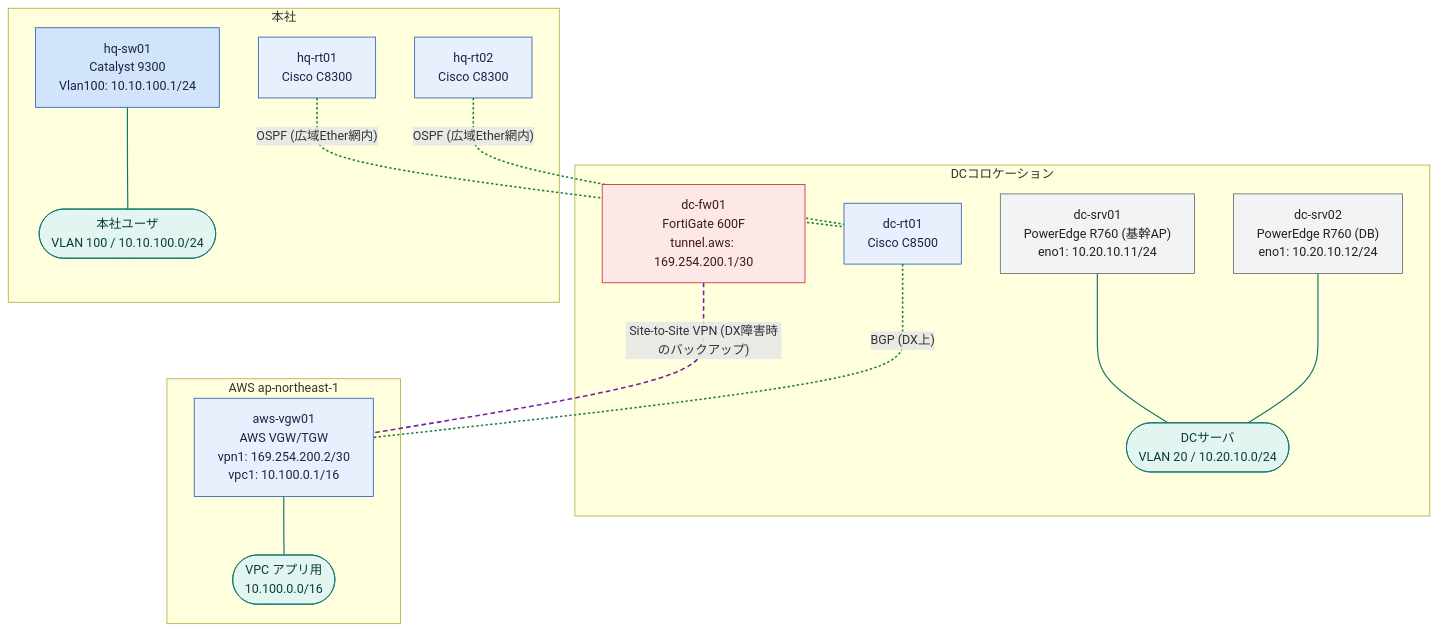
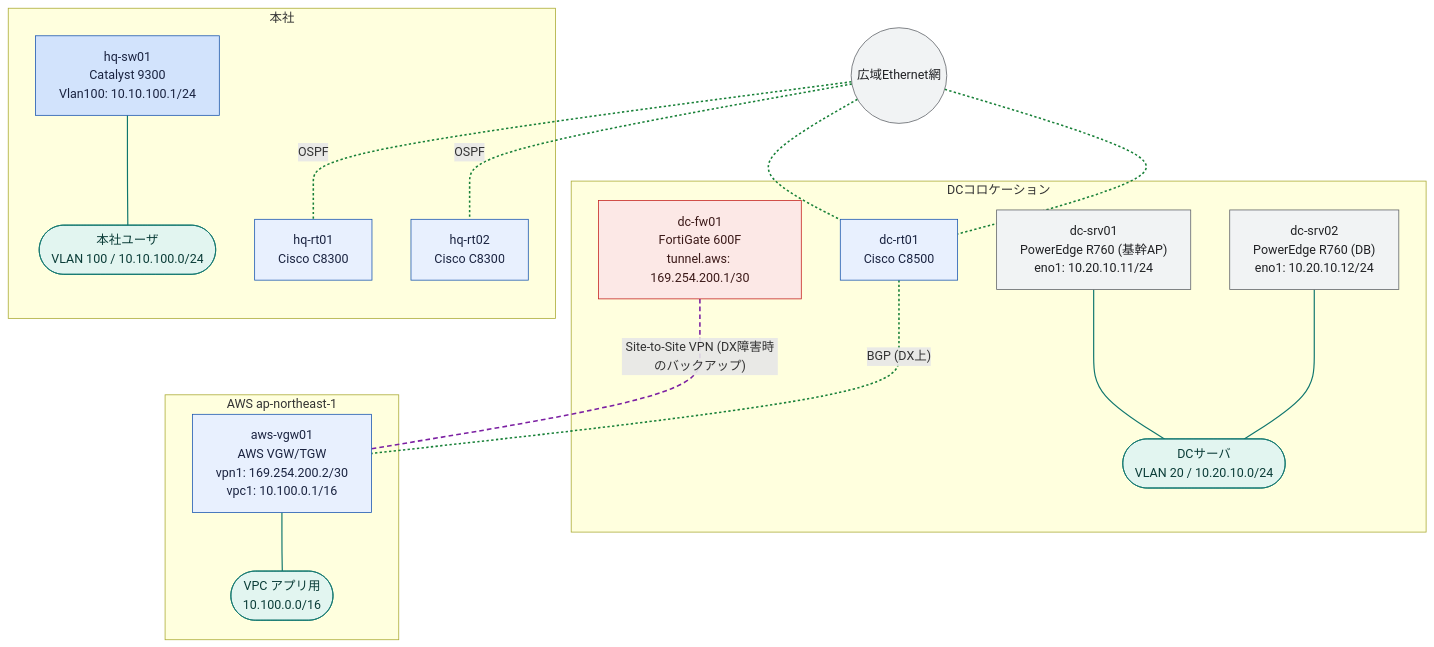
The diagram in examples/hq-dc-cloud/generated/logical-all.mmd (thinas1115/nwdsl), drawn with Mermaid before and after one commit. The commit also changed 52 other files, not shown here.

First line of the commit message:
論理図の表現改善: D2エリア名ラベル復活 / 面塗りフラット化 / via による網経由描画

```diff
--- a/examples/hq-dc-cloud/generated/logical-all.mmd
+++ b/examples/hq-dc-cloud/generated/logical-all.mmd
@@ -1,46 +1,50 @@
 flowchart TB
   subgraph sg_dc["DCコロケーション"]
     dc_fw01["dc-fw01<br>FortiGate 600F<br>tunnel.aws: 169.254.200.1/30"]
     dc_rt01["dc-rt01<br>Cisco C8500"]
     dc_srv01["dc-srv01<br>PowerEdge R760 (基幹AP)<br>eno1: 10.20.10.11/24"]
     dc_srv02["dc-srv02<br>PowerEdge R760 (DB)<br>eno1: 10.20.10.12/24"]
     seg__dc_servers(["DCサーバ<br>VLAN 20 / 10.20.10.0/24"])
   end
   subgraph sg_aws["AWS ap-northeast-1"]
     aws_vgw01["aws-vgw01<br>AWS VGW/TGW<br>vpn1: 169.254.200.2/30<br>vpc1: 10.100.0.1/16"]
     seg__aws_vpc_app(["VPC アプリ用<br>10.100.0.0/16"])
   end
   subgraph sg_hq["本社"]
     hq_rt01["hq-rt01<br>Cisco C8300"]
     hq_rt02["hq-rt02<br>Cisco C8300"]
     hq_sw01["hq-sw01<br>Catalyst 9300<br>Vlan100: 10.10.100.1/24"]
     seg__hq_users(["本社ユーザ<br>VLAN 100 / 10.10.100.0/24"])
   end
+  wide_ether(("広域Ethernet網"))
   dc_fw01 ---|"Site-to-Site VPN (DX障害時のバックアップ)"| aws_vgw01
-  hq_rt01 ---|"OSPF (広域Ether網内)"| dc_rt01
-  hq_rt02 ---|"OSPF (広域Ether網内)"| dc_rt01
+  wide_ether ---|"OSPF"| hq_rt01
+  wide_ether --- dc_rt01
+  wide_ether ---|"OSPF"| hq_rt02
+  wide_ether --- dc_rt01
   dc_rt01 ---|"BGP (DX上)"| aws_vgw01
   hq_sw01 --- seg__hq_users
   dc_srv01 --- seg__dc_servers
   dc_srv02 --- seg__dc_servers
   aws_vgw01 --- seg__aws_vpc_app
 
   classDef node_dim fill:#f8f9fa,stroke:#dadce0,color:#bdc1c6
   classDef node_failed fill:#fce8e6,stroke:#c5221f,color:#3c1a19
   classDef role_router fill:#e8f0fe,stroke:#1a56b0,color:#1a2340
   classDef role_l3switch fill:#d2e3fc,stroke:#1a56b0,color:#1a2340
   classDef role_l2switch fill:#e6f4ea,stroke:#137333,color:#1a2e1f
   classDef role_firewall fill:#fce8e6,stroke:#c5221f,color:#3c1a19
   classDef role_other fill:#f1f3f4,stroke:#5f6368,color:#202124
   classDef node_cloud fill:#f1f3f4,stroke:#5f6368,color:#202124
   classDef node_site fill:#fff8e1,stroke:#b58105,color:#4a3a08
   classDef node_segment fill:#e2f5f0,stroke:#0f766e,color:#0b3d38
   classDef node_external fill:#ffffff,stroke:#9aa0a6,stroke-dasharray:3 3,color:#5f6368
   class dc_fw01 role_firewall
   class aws_vgw01,hq_rt01,dc_rt01,hq_rt02 role_router
+  class wide_ether node_cloud
   class hq_sw01 role_l3switch
   class dc_srv01,dc_srv02 role_other
   class seg__hq_users,seg__dc_servers,seg__aws_vpc_app node_segment
   linkStyle 0 stroke:#7b1fa2,stroke-width:2px,stroke-dasharray:6 4
-  linkStyle 1,2,3 stroke:#188038,stroke-width:2px,stroke-dasharray:3 3
-  linkStyle 4,5,6,7 stroke:#0f766e,stroke-width:1.5px
+  linkStyle 1,2,3,4,5 stroke:#188038,stroke-width:2px,stroke-dasharray:3 3
+  linkStyle 6,7,8,9 stroke:#0f766e,stroke-width:1.5px
```
